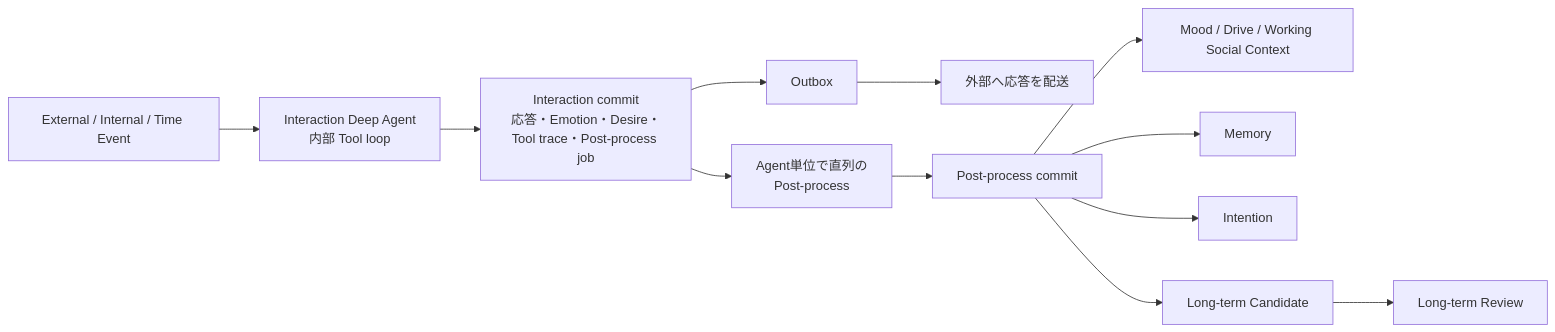
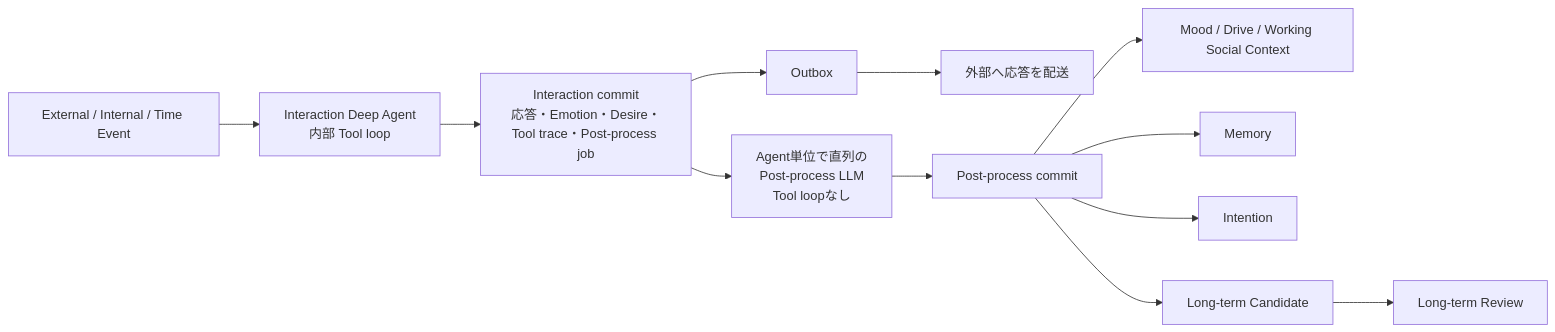
The diagram in issues/069-design-response-and-postprocess-boundary.md (if001/social_agent), drawn with Mermaid before and after one commit. The commit also changed other lines of this file, not shown here.

````diff
--- a/issues/069-design-response-and-postprocess-boundary.md
+++ b/issues/069-design-response-and-postprocess-boundary.md
@@ -73,14 +73,14 @@
 ```mermaid
 flowchart LR
     E[External / Internal / Time Event] --> I[Interaction Deep Agent<br/>内部 Tool loop]
     I --> IC[Interaction commit<br/>応答・Emotion・Desire・Tool trace・Post-process job]
     IC --> O[Outbox]
     O --> Q[外部へ応答を配送]
-    IC --> P[Agent単位で直列の<br/>Post-process]
+    IC --> P[Agent単位で直列の<br/>Post-process LLM<br/>Tool loopなし]
     P --> PC[Post-process commit]
     PC --> S[Mood / Drive / Working Social Context]
     PC --> M[Memory]
     PC --> N[Intention]
     PC --> C[Long-term Candidate]
     C --> R[Long-term Review]
 ```
````
